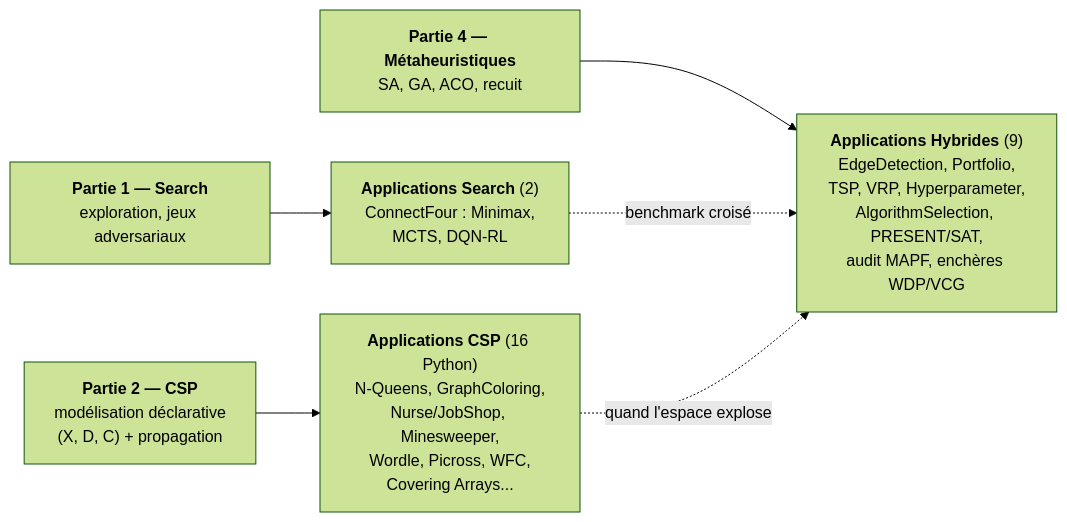
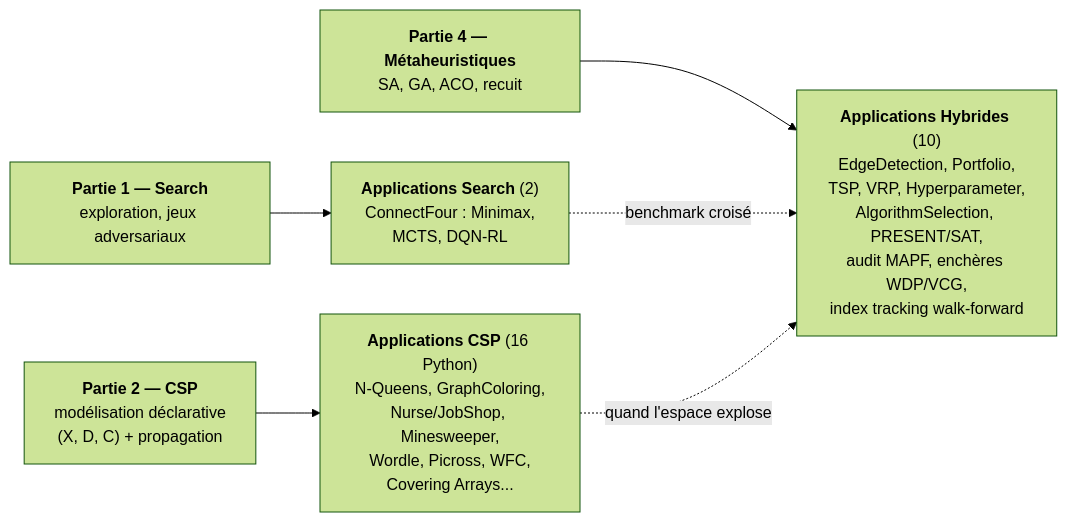
Before and after one commit to jsboige/CoursIA: the diagram in MyIA.AI.Notebooks/Search/Applications/README.md, drawn with Mermaid (forest theme). The commit also changed other lines of this file and 1 other file, not shown here.

````diff
--- a/MyIA.AI.Notebooks/Search/Applications/README.md
+++ b/MyIA.AI.Notebooks/Search/Applications/README.md
@@ -38,14 +38,14 @@
 ```mermaid
 flowchart LR
     P1["<b>Partie 1 — Search</b><br/>exploration, jeux adversariaux"]
     P2["<b>Partie 2 — CSP</b><br/>modélisation déclarative<br/>(X, D, C) + propagation"]
     P4["<b>Partie 4 — Métaheuristiques</b><br/>SA, GA, ACO, recuit"]
     S["<b>Applications Search</b> (2)<br/>ConnectFour : Minimax,<br/>MCTS, DQN-RL"]
     C["<b>Applications CSP</b> (16 Python)<br/>N-Queens, GraphColoring,<br/>Nurse/JobShop, Minesweeper,<br/>Wordle, Picross, WFC,<br/>Covering Arrays..."]
-    H["<b>Applications Hybrides</b> (9)<br/>EdgeDetection, Portfolio,<br/>TSP, VRP, Hyperparameter,<br/>AlgorithmSelection, PRESENT/SAT,<br/>audit MAPF, enchères WDP/VCG"]
+    H["<b>Applications Hybrides</b> (10)<br/>EdgeDetection, Portfolio,<br/>TSP, VRP, Hyperparameter,<br/>AlgorithmSelection, PRESENT/SAT,<br/>audit MAPF, enchères WDP/VCG,<br/>index tracking walk-forward"]
     P1 --> S
     P2 --> C
     P4 --> H
     S -.->|"benchmark croisé"| H
     C -.->|"quand l'espace explose"| H
 ```
````
